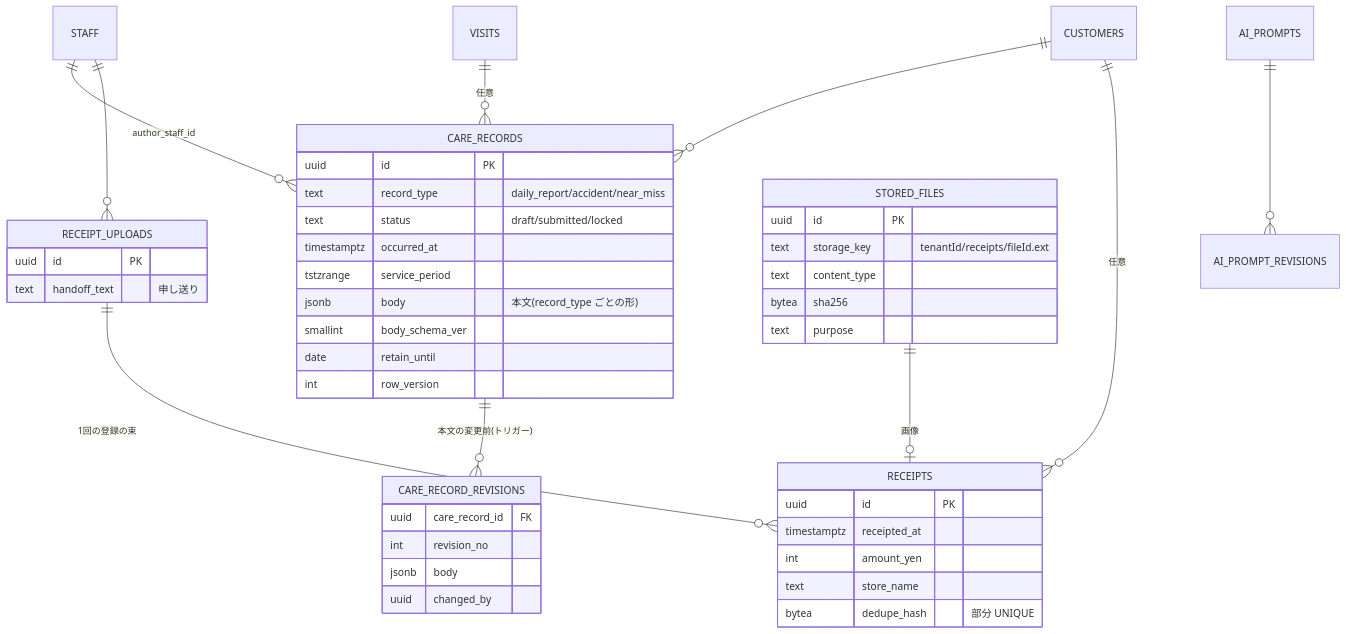
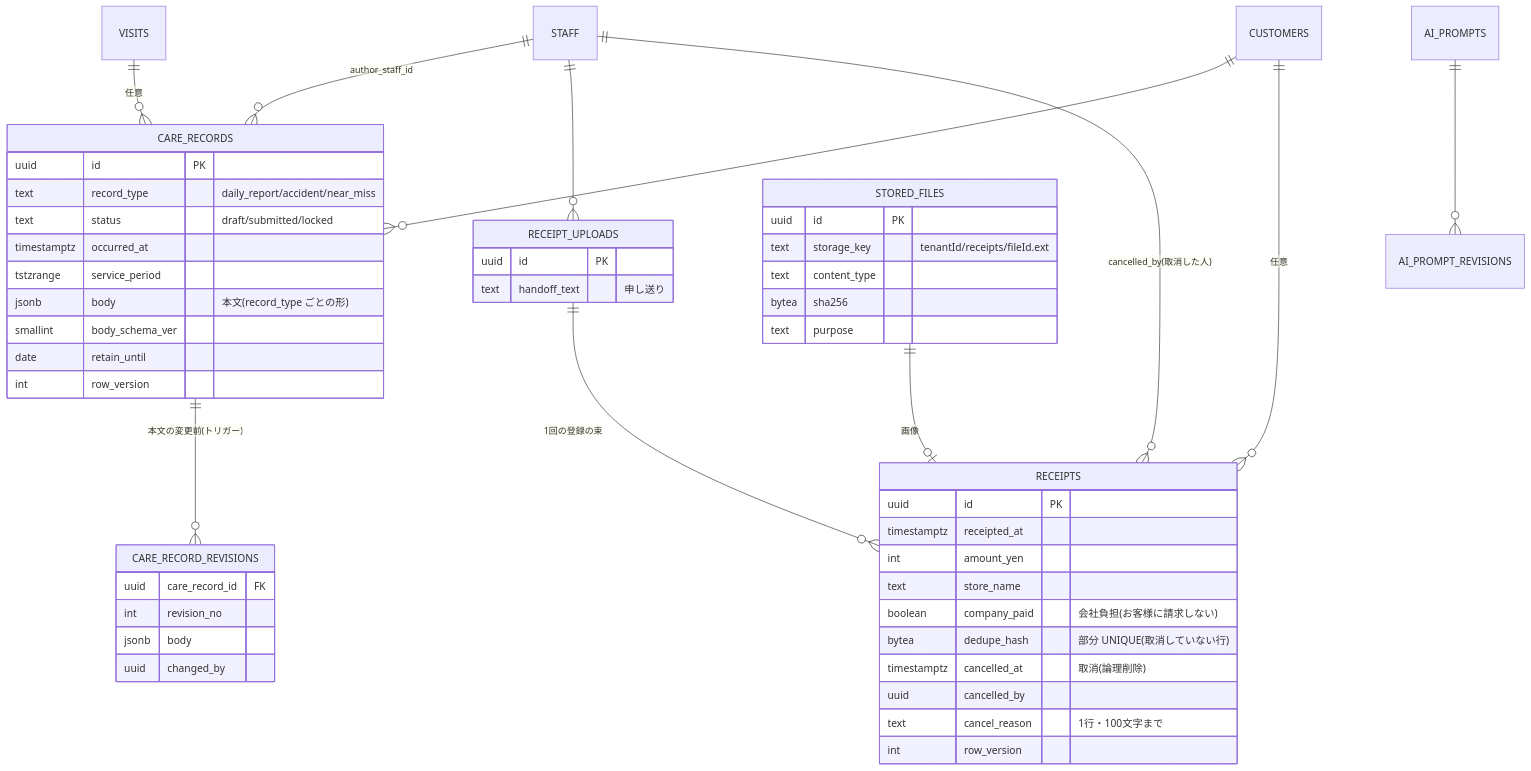
The fourth of 5 diagrams in doc/03_データベース設計.md (katahimo-dev/katahimo-app), drawn with Mermaid before and after one commit. The commit also changed other lines of this file and 66 other files, not shown here.

````diff
--- a/doc/03_データベース設計.md
+++ b/doc/03_データベース設計.md
@@ -254,48 +254,54 @@
 ```mermaid
 erDiagram
     CUSTOMERS ||--o{ CARE_RECORDS : ""
     STAFF ||--o{ CARE_RECORDS : "author_staff_id"
     VISITS ||--o{ CARE_RECORDS : "任意"
     CARE_RECORDS ||--o{ CARE_RECORD_REVISIONS : "本文の変更前(トリガー)"
     STAFF ||--o{ RECEIPT_UPLOADS : ""
     RECEIPT_UPLOADS ||--o{ RECEIPTS : "1回の登録の束"
+    STAFF ||--o{ RECEIPTS : "cancelled_by(取消した人)"
     STORED_FILES ||--o| RECEIPTS : "画像"
     CUSTOMERS ||--o{ RECEIPTS : "任意"
     AI_PROMPTS ||--o{ AI_PROMPT_REVISIONS : ""
 
     CARE_RECORDS {
         uuid id PK
         text record_type "daily_report/accident/near_miss"
         text status "draft/submitted/locked"
         timestamptz occurred_at
         tstzrange service_period
         jsonb body "本文(record_type ごとの形)"
         smallint body_schema_ver
         date retain_until
         int row_version
     }
     CARE_RECORD_REVISIONS {
         uuid care_record_id FK
         int revision_no
         jsonb body
         uuid changed_by
     }
     RECEIPT_UPLOADS {
         uuid id PK
         text handoff_text "申し送り"
     }
     RECEIPTS {
         uuid id PK
         timestamptz receipted_at
         int amount_yen
         text store_name
-        bytea dedupe_hash "部分 UNIQUE"
+        boolean company_paid "会社負担(お客様に請求しない)"
+        bytea dedupe_hash "部分 UNIQUE(取消していない行)"
+        timestamptz cancelled_at "取消(論理削除)"
+        uuid cancelled_by
+        text cancel_reason "1行・100文字まで"
+        int row_version
     }
     STORED_FILES {
         uuid id PK
         text storage_key "tenantId/receipts/fileId.ext"
         text content_type
         bytea sha256
         text purpose
     }
 ```
````
